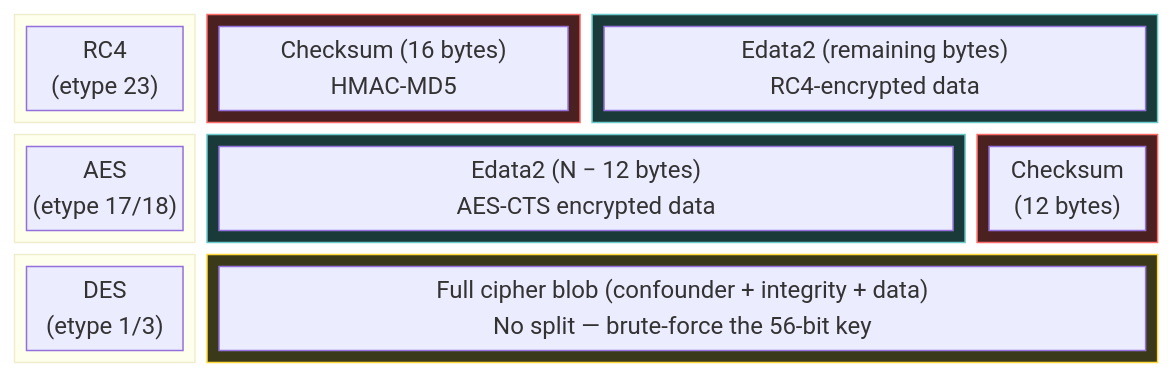
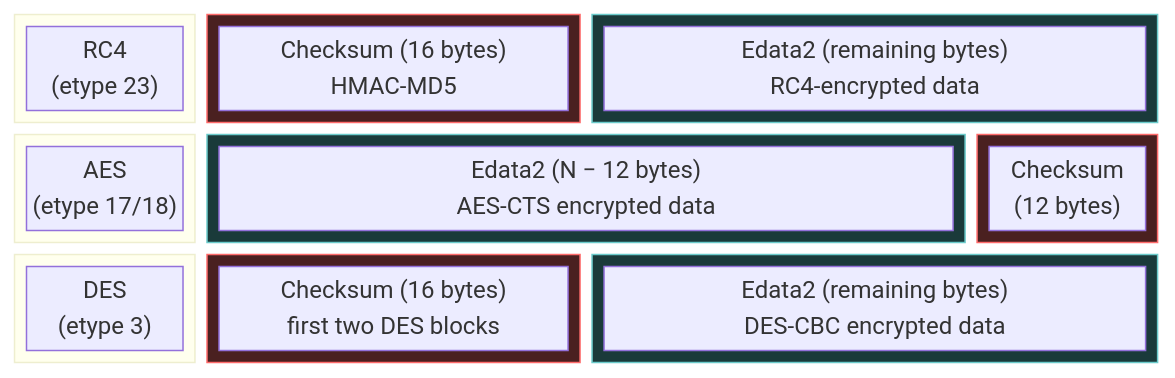
Before and after one commit to StrongWind1/KerbWolf: the third of 3 diagrams in docs/guide/hash-formats.md, drawn with Mermaid. The commit also changed other lines of this file and 2 other files, not shown here.

Commit message:
docs: fix stale DES diagram, AES example format, mode labels
- README: fix AES TGS-REP example (user/realm outside asterisks)
- README: clarify "19 output formats" without implying all have modules
- hash-formats: update block-beta diagram from "no split" to split for
  etype 3, matching the flowchart above it
- hash-formats: DES cipher layout row specifies etype 3 only
- hash-formats: DES AS-REQ modes labeled "—" not "proposed"
- index: clarify "Three Kerberos attacks" vs 4 total attack types

````diff
--- a/docs/guide/hash-formats.md
+++ b/docs/guide/hash-formats.md
@@ -88,37 +88,41 @@
 ```mermaid
 block-beta
     columns 6
 
     block:rc4label:1
         rc4t["RC4<br/>(etype 23)"]
     end
     block:rc4check:2
         rc4c["Checksum (16 bytes)<br/>HMAC-MD5"]
     end
     block:rc4data:3
         rc4d["Edata2 (remaining bytes)<br/>RC4-encrypted data"]
     end
 
     block:aeslabel:1
         aest["AES<br/>(etype 17/18)"]
     end
     block:aesdata:4
         aesd["Edata2 (N − 12 bytes)<br/>AES-CTS encrypted data"]
     end
     block:aescheck:1
         aesc["Checksum<br/>(12 bytes)"]
     end
 
     block:deslabel:1
-        dest["DES<br/>(etype 1/3)"]
+        dest["DES<br/>(etype 3)"]
     end
-    block:desdata:5
-        desd["Full cipher blob (confounder + integrity + data)<br/>No split — brute-force the 56-bit key"]
+    block:descheck:2
+        desc["Checksum (16 bytes)<br/>first two DES blocks"]
+    end
+    block:desdata:3
+        desd["Edata2 (remaining bytes)<br/>DES-CBC encrypted data"]
     end
 
     style rc4check fill:#4a2020,stroke:#ff6b6b
     style rc4data fill:#1a3a3a,stroke:#6bcbcb
     style aesdata fill:#1a3a3a,stroke:#6bcbcb
     style aescheck fill:#4a2020,stroke:#ff6b6b
-    style desdata fill:#3a3a1a,stroke:#ffd93d
+    style descheck fill:#4a2020,stroke:#ff6b6b
+    style desdata fill:#1a3a3a,stroke:#6bcbcb
 ```
````
